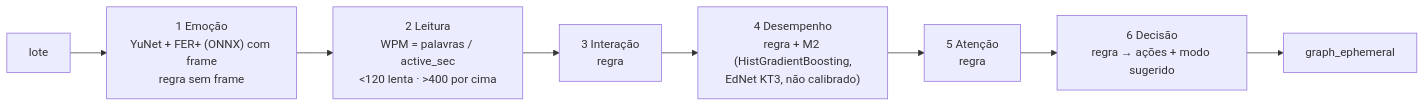
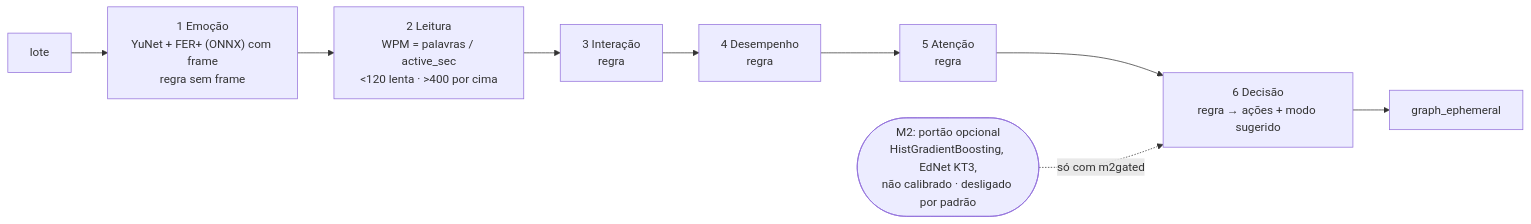
Before and after one commit to Geisbelly/TrailUp: the third of 4 diagrams in docs/tcc/modelagem/04-ia-grafo-e-analise.md, drawn with Mermaid. The commit also changed other lines of this file and 3 other files, not shown here.

First line of the commit message:
docs: M2 desligado por padrão, aprovação do material no guia e contagem de sinais (#1181)

````diff
--- a/docs/tcc/modelagem/04-ia-grafo-e-analise.md
+++ b/docs/tcc/modelagem/04-ia-grafo-e-analise.md
@@ -65,10 +65,11 @@
 ```mermaid
 flowchart LR
   L[lote] --> E1["1 Emoção<br/>YuNet + FER+ (ONNX) com frame<br/>regra sem frame"]
   E1 --> E2["2 Leitura<br/>WPM = palavras / active_sec<br/>&lt;120 lenta · &gt;400 por cima"]
   E2 --> E3["3 Interação<br/>regra"]
-  E3 --> E4["4 Desempenho<br/>regra + M2 (HistGradientBoosting,<br/>EdNet KT3, não calibrado)"]
+  E3 --> E4["4 Desempenho<br/>regra"]
   E4 --> E5["5 Atenção<br/>regra"]
   E5 --> E6["6 Decisão<br/>regra → ações + modo sugerido"]
+  M2(["M2: portão opcional<br/>HistGradientBoosting, EdNet KT3,<br/>não calibrado · desligado por padrão"]) -. só com m2gated .-> E6
   E6 --> G[graph_ephemeral]
 ```
````
